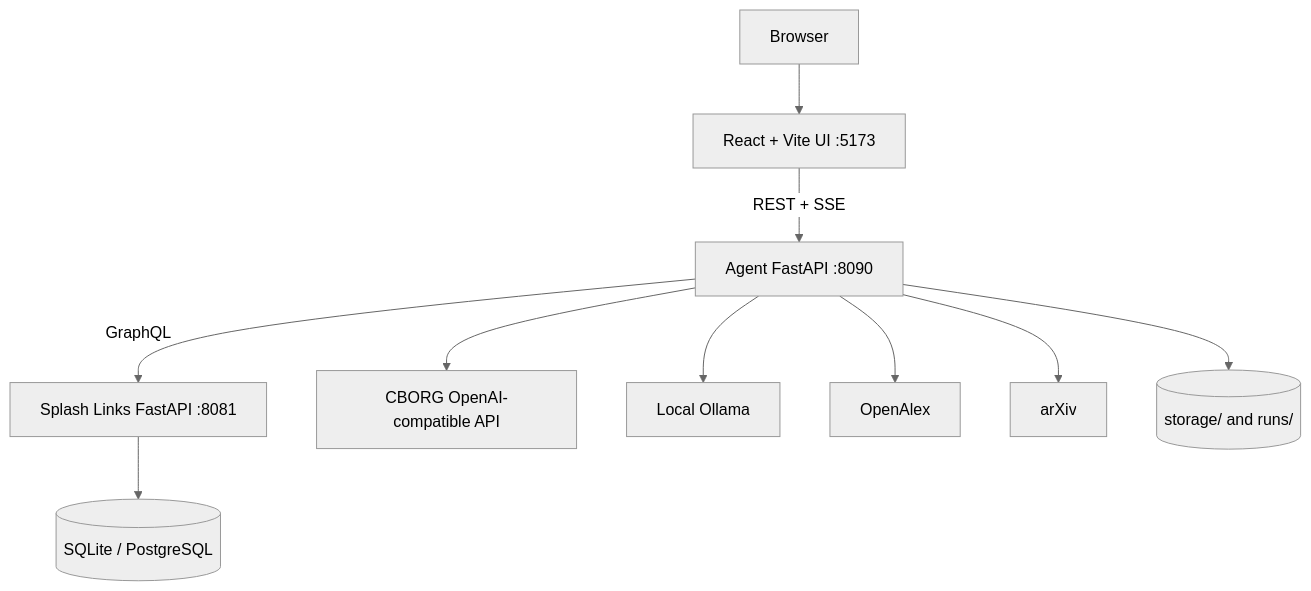
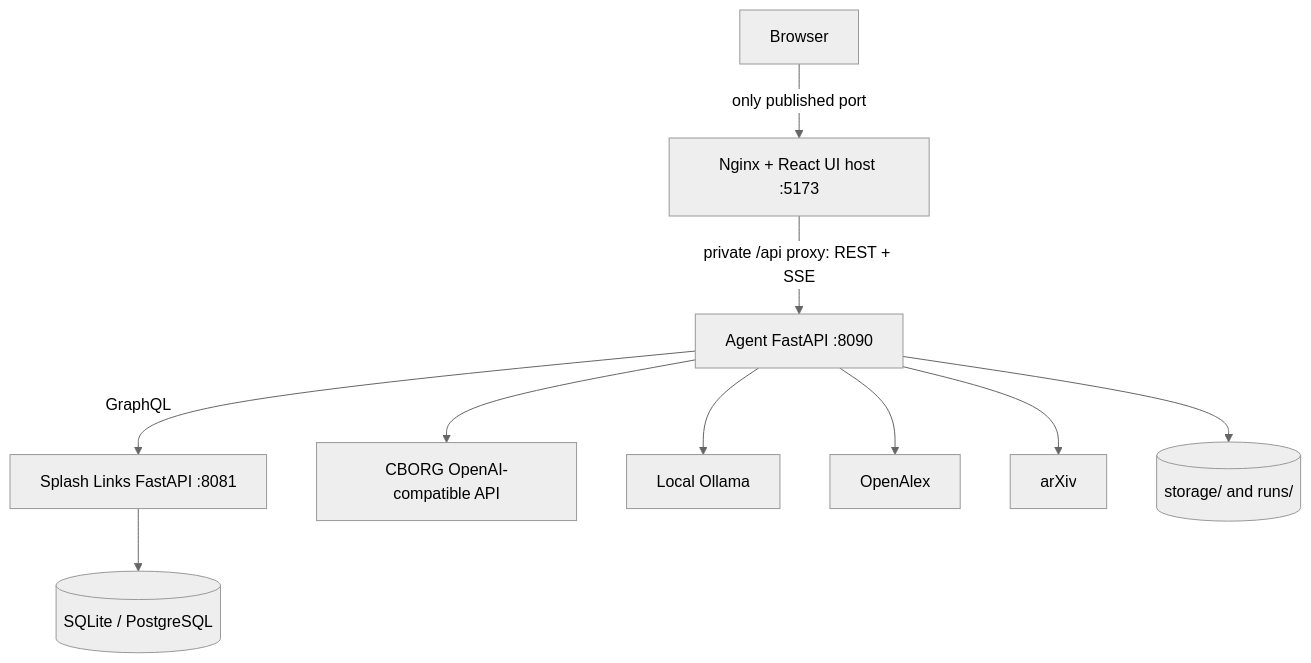
One commit to fair2wise/FAIR2WISE changed the first of 2 diagrams in mkdocs/docs/architecture.md. Above: the diagram before and after it, drawn with Mermaid (neutral theme). The commit also changed other lines of this file and 58 other files, not shown here.

````diff
--- a/mkdocs/docs/architecture.md
+++ b/mkdocs/docs/architecture.md
@@ -5,23 +5,23 @@
 ```mermaid
 flowchart TB
     Browser[Browser]
-    UI[React + Vite UI :5173]
+    UI[Nginx + React UI host :5173]
     API[Agent FastAPI :8090]
     Splash[Splash Links FastAPI :8081]
     DB[(SQLite / PostgreSQL)]
     CBORG[CBORG OpenAI-compatible API]
     Ollama[Local Ollama]
     OpenAlex[OpenAlex]
     Arxiv[arXiv]
     Files[(storage/ and runs/)]
 
-    Browser --> UI
-    UI -->|REST + SSE| API
+    Browser -->|only published port| UI
+    UI -->|private /api proxy: REST + SSE| API
     API -->|GraphQL| Splash
     Splash --> DB
     API --> CBORG
     API --> Ollama
     API --> OpenAlex
     API --> Arxiv
     API --> Files
 ```
````
